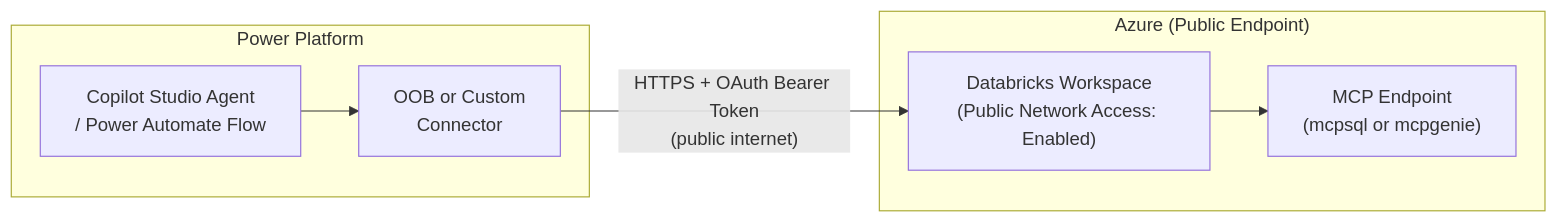
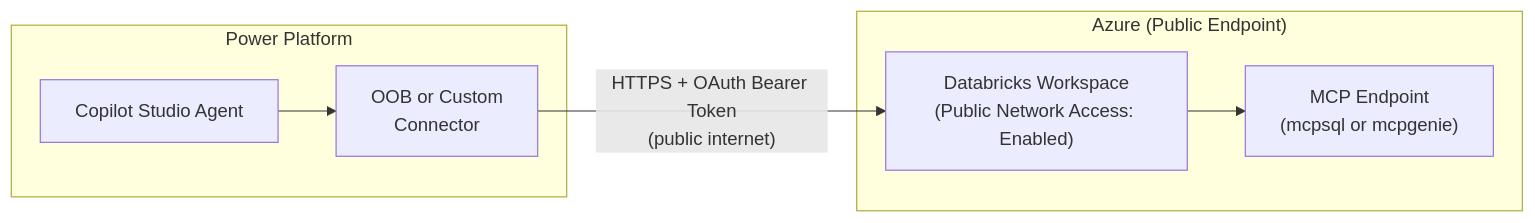
The diagram in docs/20-patterns/connectivity/pattern-public-direct.md (briangre/CopilotStudioVirtualNetworking), drawn with Mermaid before and after one commit. The commit also changed 15 other files, not shown here.

First line of the commit message:
Scope all Power Platform surface references to Copilot Studio agents (#7)

````diff
--- a/docs/20-patterns/connectivity/pattern-public-direct.md
+++ b/docs/20-patterns/connectivity/pattern-public-direct.md
@@ -9,14 +9,14 @@
 ```mermaid
 flowchart LR
     subgraph PowerPlatform["Power Platform"]
-        agent["Copilot Studio Agent\n/ Power Automate Flow"]
+        agent["Copilot Studio Agent"]
         connector["OOB or Custom\nConnector"]
     end
     subgraph Azure["Azure (Public Endpoint)"]
         dbx["Databricks Workspace\n(Public Network Access: Enabled)"]
         mcp["MCP Endpoint\n(mcpsql or mcpgenie)"]
     end
     agent --> connector
     connector -- "HTTPS + OAuth Bearer Token\n(public internet)" --> dbx
     dbx --> mcp
 ```
````
